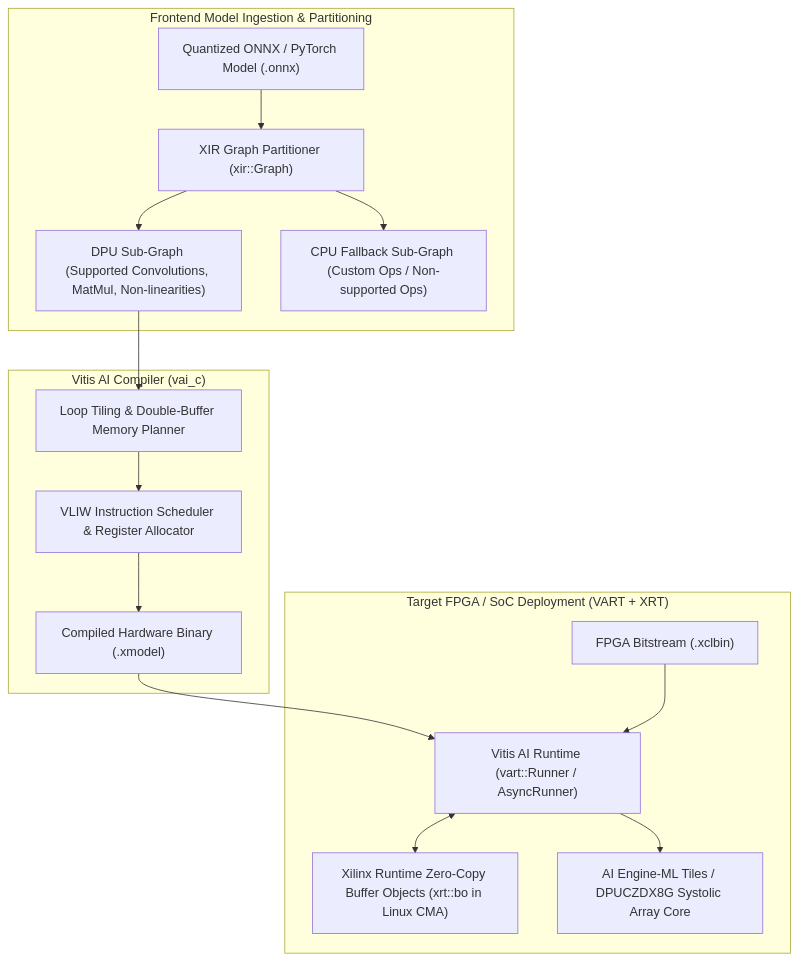
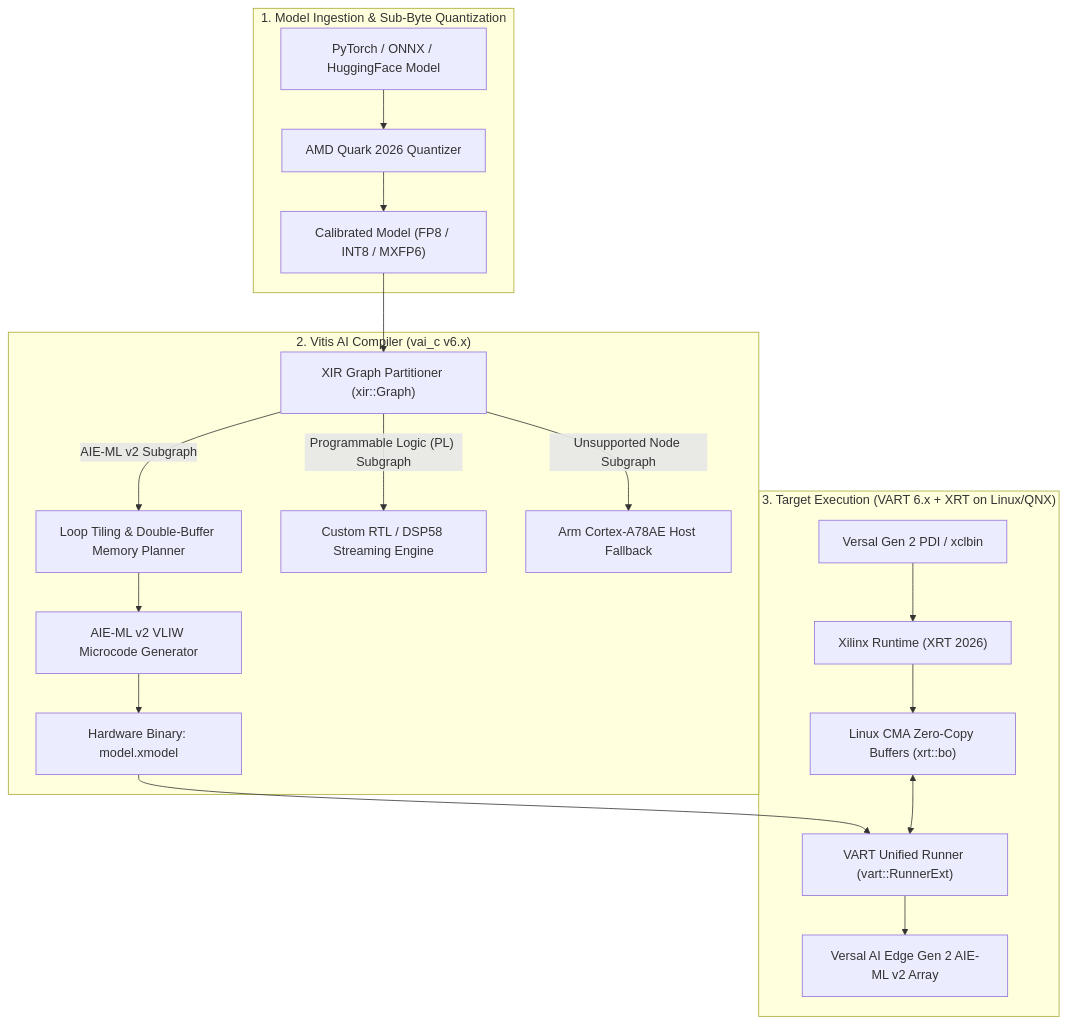
Before and after one commit to sergiomh499/cv-projects: the second of 3 diagrams in frameworks/vitis-ai.md, drawn with Mermaid. The commit also changed other lines of this file and 3 other files, not shown here.

Commit message:
docs(frameworks): expand Vitis AI to 5.0 and 6.2 GA for Versal Gen 2 AIE-ML v2

````diff
--- a/frameworks/vitis-ai.md
+++ b/frameworks/vitis-ai.md
@@ -45,21 +73,25 @@
 ```mermaid
 flowchart TD
-    subgraph ModelIngestion ["Frontend Model Ingestion & Partitioning"]
-        ONNX["Quantized ONNX / PyTorch Model (.onnx)"] --> XIR["XIR Graph Partitioner (xir::Graph)"]
-        XIR --> DPU_Sub["DPU Sub-Graph (Supported Convolutions, MatMul, Non-linearities)"]
-        XIR --> CPU_Sub["CPU Fallback Sub-Graph (Custom Ops / Non-supported Ops)"]
+    subgraph Frontend_Ingestion ["1. Model Ingestion & Sub-Byte Quantization"]
+        Model["PyTorch / ONNX / HuggingFace Model"] --> Quark["AMD Quark 2026 Quantizer"]
+        Quark --> QuantProfile["Calibrated Model (FP8 / INT8 / MXFP6)"]
     end
 
-    subgraph CompilerEngine ["Vitis AI Compiler (vai_c)"]
-        DPU_Sub --> LoopTile["Loop Tiling & Double-Buffer Memory Planner"]
-        LoopTile --> VLIWGen["VLIW Instruction Scheduler & Register Allocator"]
-        VLIWGen --> XModel["Compiled Hardware Binary (.xmodel)"]
+    subgraph XIR_Compilation ["2. Vitis AI Compiler (vai_c v6.x)"]
+        QuantProfile --> Partitioner["XIR Graph Partitioner (xir::Graph)"]
+        Partitioner -->|"AIE-ML v2 Subgraph"| TileScheduler["Loop Tiling & Double-Buffer Memory Planner"]
+        Partitioner -->|"Programmable Logic (PL) Subgraph"| CustomDataflow["Custom RTL / DSP58 Streaming Engine"]
+        Partitioner -->|"Unsupported Node Subgraph"| CPUSubgraph["Arm Cortex-A78AE Host Fallback"]
+        
+        TileScheduler --> MicrocodeGen["AIE-ML v2 VLIW Microcode Generator"]
+        MicrocodeGen --> XModel["Hardware Binary: model.xmodel"]
     end
 
-    subgraph HardwareExecution ["Target FPGA / SoC Deployment (VART + XRT)"]
-        XModel --> VART["Vitis AI Runtime (vart::Runner / AsyncRunner)"]
-        Bitstream["FPGA Bitstream (.xclbin)"] --> VART
-        VART <--> XRT_BO["Xilinx Runtime Zero-Copy Buffer Objects (xrt::bo in Linux CMA)"]
-        VART --> HardwareIP["AI Engine-ML Tiles / DPUCZDX8G Systolic Array Core"]
+    subgraph Runtime_Execution ["3. Target Execution (VART 6.x + XRT on Linux/QNX)"]
+        XModel --> VART["VART Unified Runner (vart::RunnerExt)"]
+        Bitstream["Versal Gen 2 PDI / xclbin"] --> XRT["Xilinx Runtime (XRT 2026)"]
+        XRT --> ZeroCopyCMA["Linux CMA Zero-Copy Buffers (xrt::bo)"]
+        ZeroCopyCMA <--> VART
+        VART --> AIE_HW["Versal AI Edge Gen 2 AIE-ML v2 Array"]
     end
 ```
````
